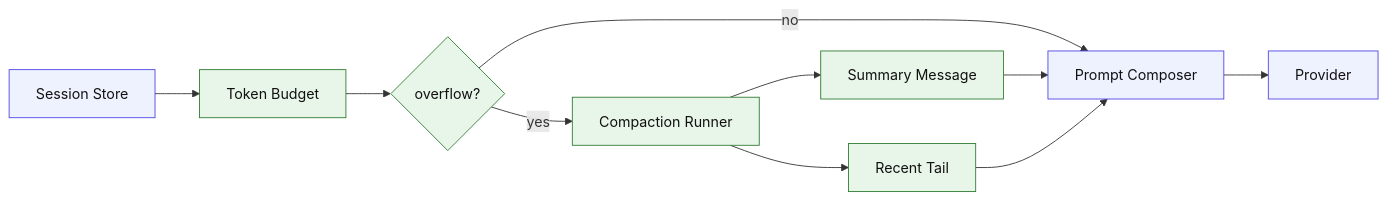
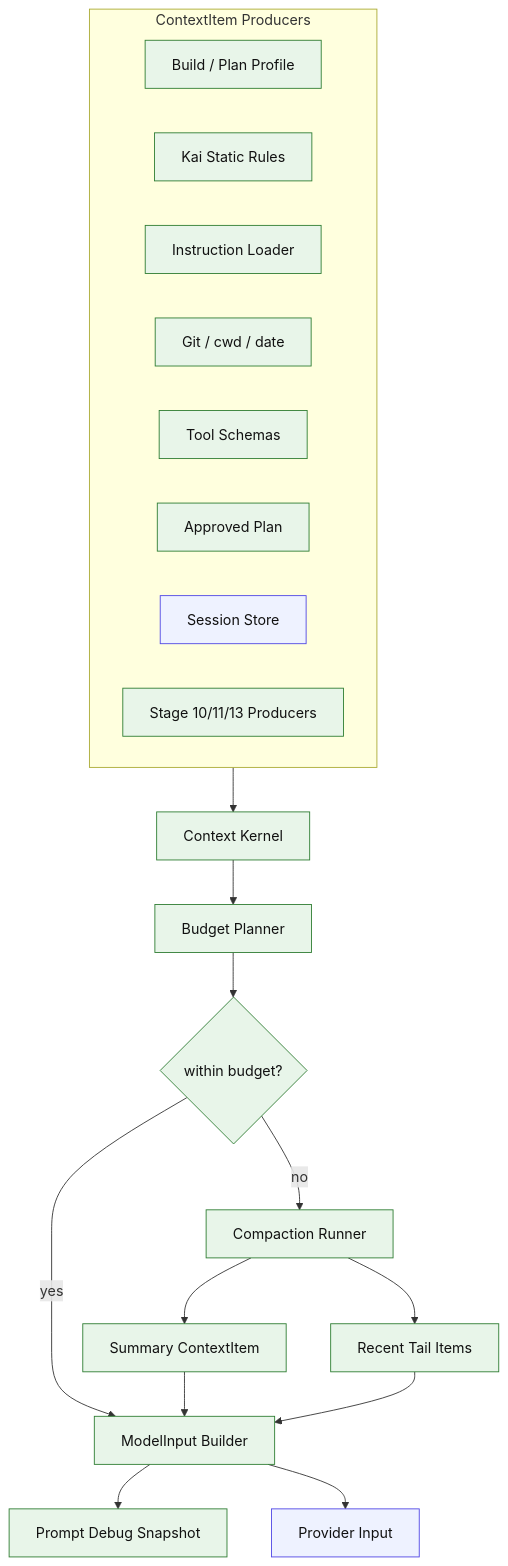
The diagram in code-agent-roadmap/stages/stage-06-context-mgmt.md (1330482928/kai-code-agent), drawn with Mermaid before and after one commit. The commit also changed other lines of this file and 41 other files, not shown here.

Commit message:
docs(roadmap): refresh staged agent roadmap

````diff
--- a/code-agent-roadmap/stages/stage-06-context-mgmt.md
+++ b/code-agent-roadmap/stages/stage-06-context-mgmt.md
@@ -56,17 +71,30 @@
 ```mermaid
-flowchart LR
-  Store["Session Store"] --> Budget["Token Budget"]
-  Budget --> Check{"overflow?"}
-  Check -->|no| Composer["Prompt Composer"]
-  Check -->|yes| Compact["Compaction Runner"]
-  Compact --> Summary["Summary Message"]
-  Compact --> Tail["Recent Tail"]
-  Summary --> Composer
-  Tail --> Composer
-  Composer --> Provider["Provider"]
+flowchart TB
+  subgraph Items["ContextItem Producers"]
+    Profile["Build / Plan Profile"]
+    Rules["Kai Static Rules"]
+    Files["Instruction Loader"]
+    Runtime["Git / cwd / date"]
+    Tools["Tool Schemas"]
+    Plan["Approved Plan"]
+    Store["Session Store"]
+    Future["Stage 10/11/13 Producers"]
+  end
+
+  Items --> Kernel["Context Kernel"]
+  Kernel --> Budget["Budget Planner"]
+  Budget --> Decision{"within budget?"}
+  Decision -->|yes| Builder["ModelInput Builder"]
+  Decision -->|no| Compact["Compaction Runner"]
+  Compact --> Summary["Summary ContextItem"]
+  Compact --> Tail["Recent Tail Items"]
+  Summary --> Builder
+  Tail --> Builder
+  Builder --> Debug["Prompt Debug Snapshot"]
+  Builder --> Provider["Provider Input"]
 
   classDef existing fill:#eef2ff,stroke:#4f46e5,color:#111;
   classDef new fill:#e8f5e9,stroke:#2e7d32,color:#111;
-  class Store,Composer,Provider existing;
-  class Budget,Check,Compact,Summary,Tail new;
+  class Store,Provider existing;
+  class Profile,Rules,Files,Runtime,Tools,Plan,Future,Kernel,Budget,Decision,Compact,Summary,Tail,Builder,Debug new;
 ```
````
